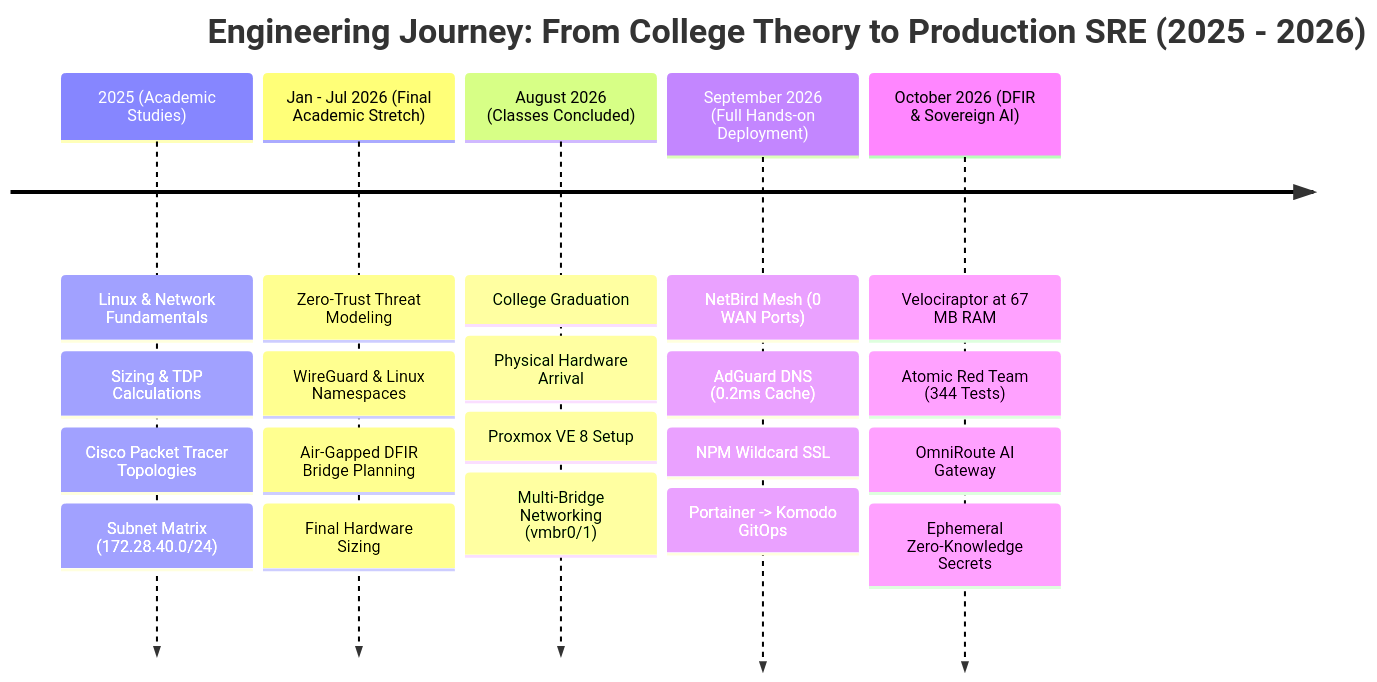
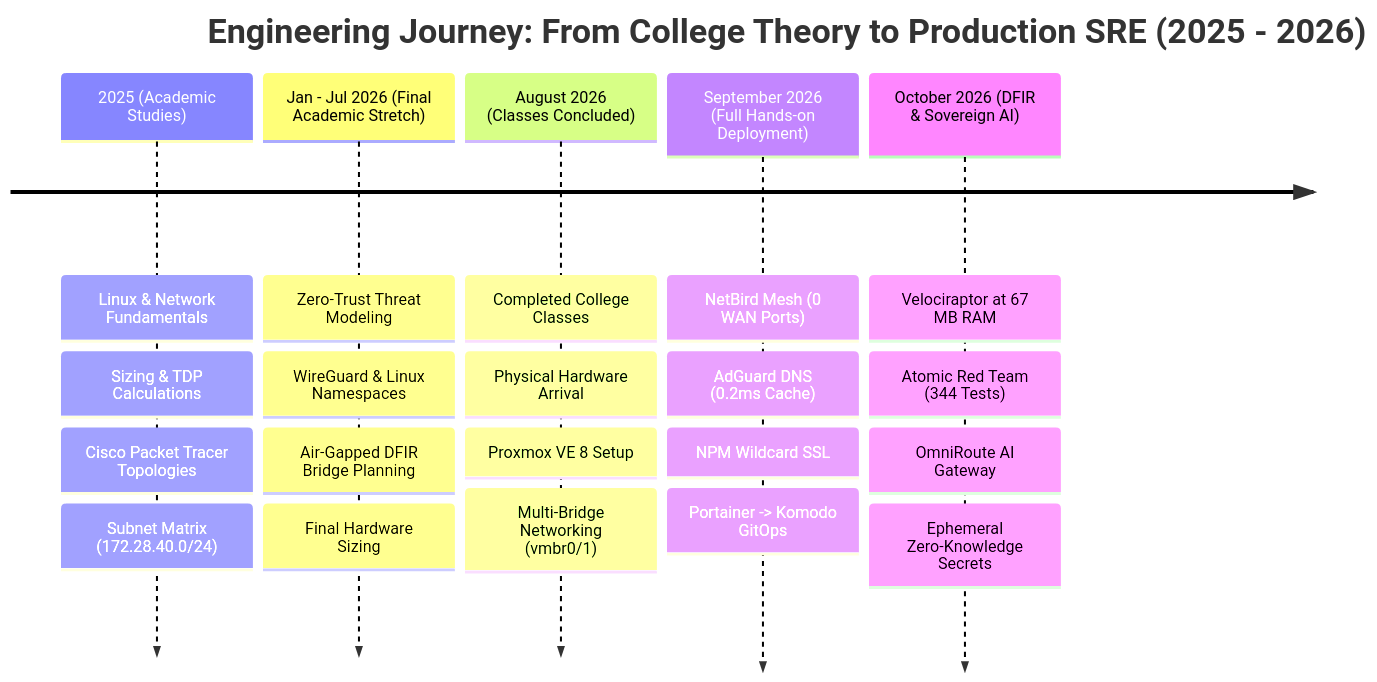
Before and after one commit to Lessa-github/homelab-zero-trust-infra: the first of 3 diagrams in docs/README.md, drawn with Mermaid. The commit also changed 2 other files, not shown here.

Commit message:
style(ui): center mermaid diagrams, polish dark hacker table contrast, and update college timeline

````diff
--- a/docs/README.md
+++ b/docs/README.md
@@ -28,9 +28,9 @@
 ```mermaid
 timeline
     title Engineering Journey: From College Theory to Production SRE (2025 - 2026)
     2025 (Academic Studies) : Linux & Network Fundamentals : Sizing & TDP Calculations : Cisco Packet Tracer Topologies : Subnet Matrix (172.28.40.0/24)
     Jan - Jul 2026 (Final Academic Stretch) : Zero-Trust Threat Modeling : WireGuard & Linux Namespaces : Air-Gapped DFIR Bridge Planning : Final Hardware Sizing
-    August 2026 (Classes Concluded) : College Graduation : Physical Hardware Arrival : Proxmox VE 8 Setup : Multi-Bridge Networking (vmbr0/1)
+    August 2026 (Classes Concluded) : Completed College Classes : Physical Hardware Arrival : Proxmox VE 8 Setup : Multi-Bridge Networking (vmbr0/1)
     September 2026 (Full Hands-on Deployment) : NetBird Mesh (0 WAN Ports) : AdGuard DNS (0.2ms Cache) : NPM Wildcard SSL : Portainer -> Komodo GitOps
     October 2026 (DFIR & Sovereign AI) : Velociraptor at 67 MB RAM : Atomic Red Team (344 Tests) : OmniRoute AI Gateway : Ephemeral Zero-Knowledge Secrets
 ```
````
